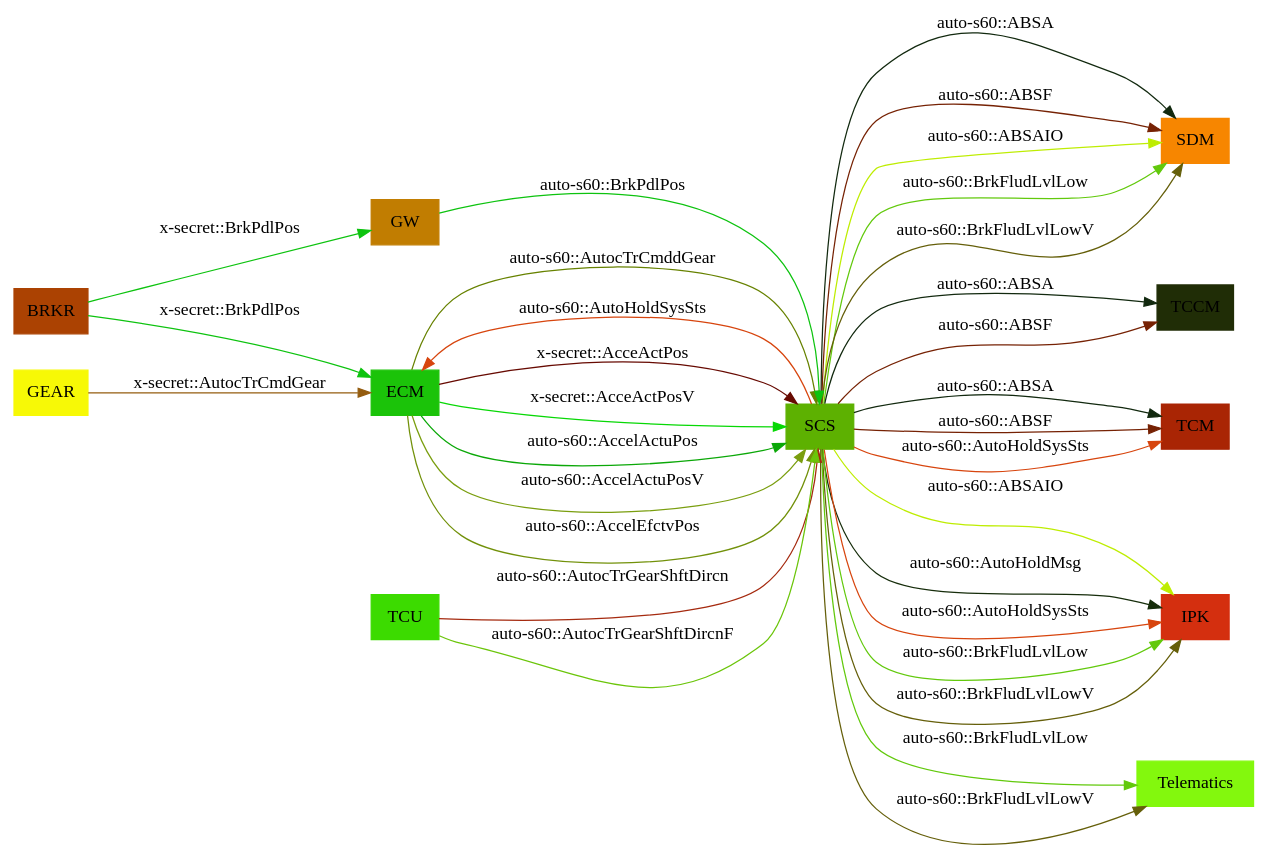
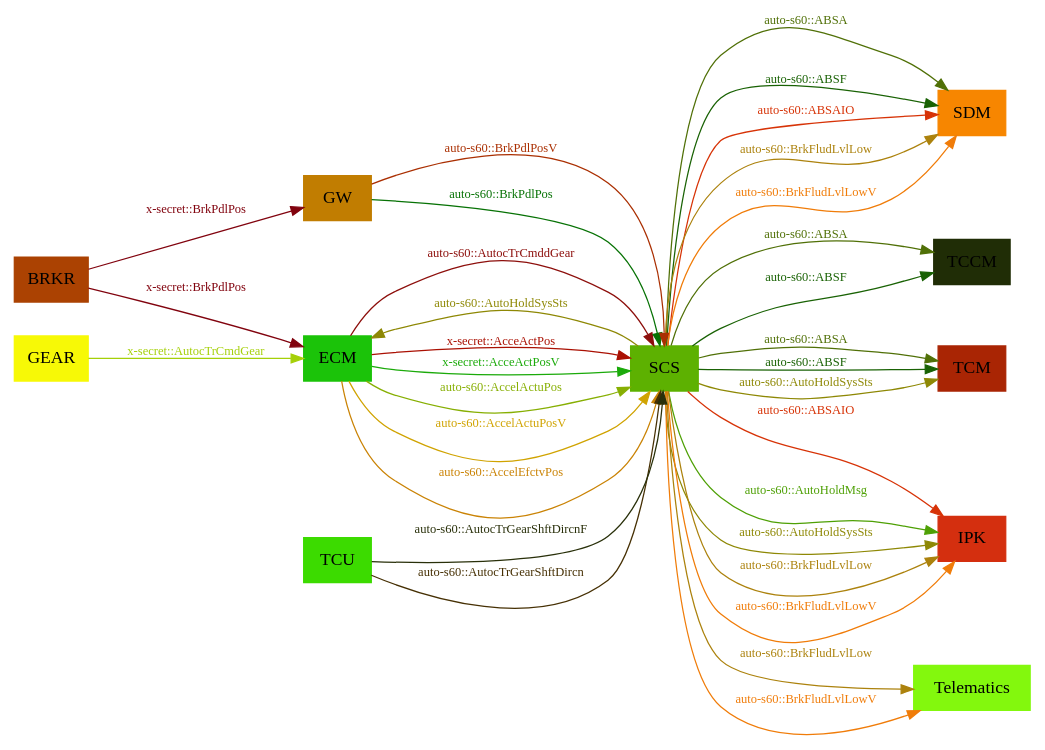
The diagram in graph.dot (williamjoy/helloworld), drawn with Graphviz before and after one commit. The commit also changed 4 other files, not shown here.

First line of the commit message:
set edge label fontsize=10

```diff
--- a/graph.dot
+++ b/graph.dot
@@ -1,45 +1,47 @@
 digraph Signals {
 	graph [rankdir=LR title="ECU Signals"]
 	node [shape=box style=filled]
+	edge [fontsize=10]
 		ECM [label=ECM color="#1bc39"]
 		SCS [label=SCS color="#5db11"]
-			ECM -> SCS [label="x-secret::AcceActPos" color="#670a2"]
-			ECM -> SCS [label="x-secret::AcceActPosV" color="#07d85"]
+			ECM -> SCS [label="x-secret::AcceActPos" color="#aa103" fontcolor="#aa103" tooltip="Accelerator Actual  Position"]
+			ECM -> SCS [label="x-secret::AcceActPosV" color="#1baaa" fontcolor="#1baaa" tooltip="Accelerator Actual  Position Validity"]
 		GEAR [label=GEAR color="#f7f96"]
-			GEAR -> ECM [label="x-secret::AutocTrCmdGear" color="#945cf"]
+			GEAR -> ECM [label="x-secret::AutocTrCmdGear" color="#a5d08" fontcolor="#a5d08" tooltip="Automatic Transimission Commanded Gear"]
 		BRKR [label=BRKR color="#ab422"]
 		GW [label=GW color="#c17d1"]
-			BRKR -> GW [label="x-secret::BrkPdlPos" color="#0dc3f"]
-			BRKR -> ECM [label="x-secret::BrkPdlPos" color="#0dc3f"]
-			ECM -> SCS [label="auto-s60::AccelActuPos" color="#0ba88"]
-			ECM -> SCS [label="auto-s60::AccelActuPosV" color="#7a9ef"]
-			ECM -> SCS [label="auto-s60::AccelEfctvPos" color="#7291a"]
+			BRKR -> GW [label="x-secret::BrkPdlPos" color="#8103e" fontcolor="#8103e" tooltip="Brake Pedal Position"]
+			BRKR -> ECM [label="x-secret::BrkPdlPos" color="#8103e" fontcolor="#8103e" tooltip="Brake Pedal Position"]
+			ECM -> SCS [label="auto-s60::AccelActuPos" color="#87af3" fontcolor="#87af3" tooltip="Accelerator Actual Position"]
+			ECM -> SCS [label="auto-s60::AccelActuPosV" color="#d0a30" fontcolor="#d0a30" tooltip="Accelerator Actual Position Validity"]
+			ECM -> SCS [label="auto-s60::AccelEfctvPos" color="#ca835" fontcolor="#ca835" tooltip="Accelerator Effective Position"]
 		SDM [label=SDM color="#f7860"]
-			SCS -> SDM [label="auto-s60::ABSA" color="#1229f"]
+			SCS -> SDM [label="auto-s60::ABSA" color="#50707" fontcolor="#50707" tooltip="Antilock Brake System Active"]
 		TCCM [label=TCCM color="#202d6"]
-			SCS -> TCCM [label="auto-s60::ABSA" color="#1229f"]
+			SCS -> TCCM [label="auto-s60::ABSA" color="#50707" fontcolor="#50707" tooltip="Antilock Brake System Active"]
 		TCM [label=TCM color="#a9254"]
-			SCS -> TCM [label="auto-s60::ABSA" color="#1229f"]
-			SCS -> SDM [label="auto-s60::ABSF" color="#76224"]
-			SCS -> TCCM [label="auto-s60::ABSF" color="#76224"]
-			SCS -> TCM [label="auto-s60::ABSF" color="#76224"]
+			SCS -> TCM [label="auto-s60::ABSA" color="#50707" fontcolor="#50707" tooltip="Antilock Brake System Active"]
+			SCS -> SDM [label="auto-s60::ABSF" color="#19624" fontcolor="#19624" tooltip="Antilock Brake System Failed"]
+			SCS -> TCCM [label="auto-s60::ABSF" color="#19624" fontcolor="#19624" tooltip="Antilock Brake System Failed"]
+			SCS -> TCM [label="auto-s60::ABSF" color="#19624" fontcolor="#19624" tooltip="Antilock Brake System Failed"]
 		IPK [label=IPK color="#d42ff"]
-			SCS -> IPK [label="auto-s60::ABSAIO" color="#beed2"]
-			SCS -> SDM [label="auto-s60::ABSAIO" color="#beed2"]
-			SCS -> IPK [label="auto-s60::AutoHoldMsg" color="#162db"]
-			SCS -> IPK [label="auto-s60::AutoHoldSysSts" color="#d745e"]
-			SCS -> ECM [label="auto-s60::AutoHoldSysSts" color="#d745e"]
-			SCS -> TCM [label="auto-s60::AutoHoldSysSts" color="#d745e"]
-			ECM -> SCS [label="auto-s60::AutocTrCmddGear" color="#67820"]
+			SCS -> IPK [label="auto-s60::ABSAIO" color="#d7337" fontcolor="#d7337" tooltip="Antilock Brake System Active Indication On"]
+			SCS -> SDM [label="auto-s60::ABSAIO" color="#d7337" fontcolor="#d7337" tooltip="Antilock Brake System Active Indication On"]
+			SCS -> IPK [label="auto-s60::AutoHoldMsg" color="#4ea05" fontcolor="#4ea05" tooltip="Auto Hold Message"]
+			SCS -> IPK [label="auto-s60::AutoHoldSysSts" color="#8e885" fontcolor="#8e885" tooltip="Auto Hold System Status"]
+			SCS -> ECM [label="auto-s60::AutoHoldSysSts" color="#8e885" fontcolor="#8e885" tooltip="Auto Hold System Status"]
+			SCS -> TCM [label="auto-s60::AutoHoldSysSts" color="#8e885" fontcolor="#8e885" tooltip="Auto Hold System Status"]
+			ECM -> SCS [label="auto-s60::AutocTrCmddGear" color="#8d0fc" fontcolor="#8d0fc" tooltip="Automatic Transmission Commanded Gear"]
 		TCU [label=TCU color="#3cdb0"]
-			TCU -> SCS [label="auto-s60::AutocTrGearShftDircn" color="#a52af"]
-			TCU -> SCS [label="auto-s60::AutocTrGearShftDircnF" color="#6bc5a"]
-			SCS -> IPK [label="auto-s60::BrkFludLvlLow" color="#62c9c"]
+			TCU -> SCS [label="auto-s60::AutocTrGearShftDircn" color="#46304" fontcolor="#46304" tooltip="Automatic Transmission Gear Shift Direction"]
+			TCU -> SCS [label="auto-s60::AutocTrGearShftDircnF" color="#2930a" fontcolor="#2930a" tooltip="Automatic Transmission Gear Shift Direction Failure"]
+			SCS -> IPK [label="auto-s60::BrkFludLvlLow" color="#ac82d" fontcolor="#ac82d" tooltip="Break Fluid Level Low"]
 		Telematics [label=Telematics color="#83f8d"]
-			SCS -> Telematics [label="auto-s60::BrkFludLvlLow" color="#62c9c"]
-			SCS -> SDM [label="auto-s60::BrkFludLvlLow" color="#62c9c"]
-			SCS -> IPK [label="auto-s60::BrkFludLvlLowV" color="#655fa"]
-			SCS -> Telematics [label="auto-s60::BrkFludLvlLowV" color="#655fa"]
-			SCS -> SDM [label="auto-s60::BrkFludLvlLowV" color="#655fa"]
-			GW -> SCS [label="auto-s60::BrkPdlPos" color="#0dc3f"]
+			SCS -> Telematics [label="auto-s60::BrkFludLvlLow" color="#ac82d" fontcolor="#ac82d" tooltip="Break Fluid Level Low"]
+			SCS -> SDM [label="auto-s60::BrkFludLvlLow" color="#ac82d" fontcolor="#ac82d" tooltip="Break Fluid Level Low"]
+			SCS -> IPK [label="auto-s60::BrkFludLvlLowV" color="#f07c9" fontcolor="#f07c9" tooltip="Brake Fluid Level Low Validity"]
+			SCS -> Telematics [label="auto-s60::BrkFludLvlLowV" color="#f07c9" fontcolor="#f07c9" tooltip="Brake Fluid Level Low Validity"]
+			SCS -> SDM [label="auto-s60::BrkFludLvlLowV" color="#f07c9" fontcolor="#f07c9" tooltip="Brake Fluid Level Low Validity"]
+			GW -> SCS [label="auto-s60::BrkPdlPos" color="#07725" fontcolor="#07725" tooltip="Brake Pedel Position"]
+			GW -> SCS [label="auto-s60::BrkPdlPosV" color="#aa2f2" fontcolor="#aa2f2" tooltip="Brake Pedel Position Validity"]
 }
```
